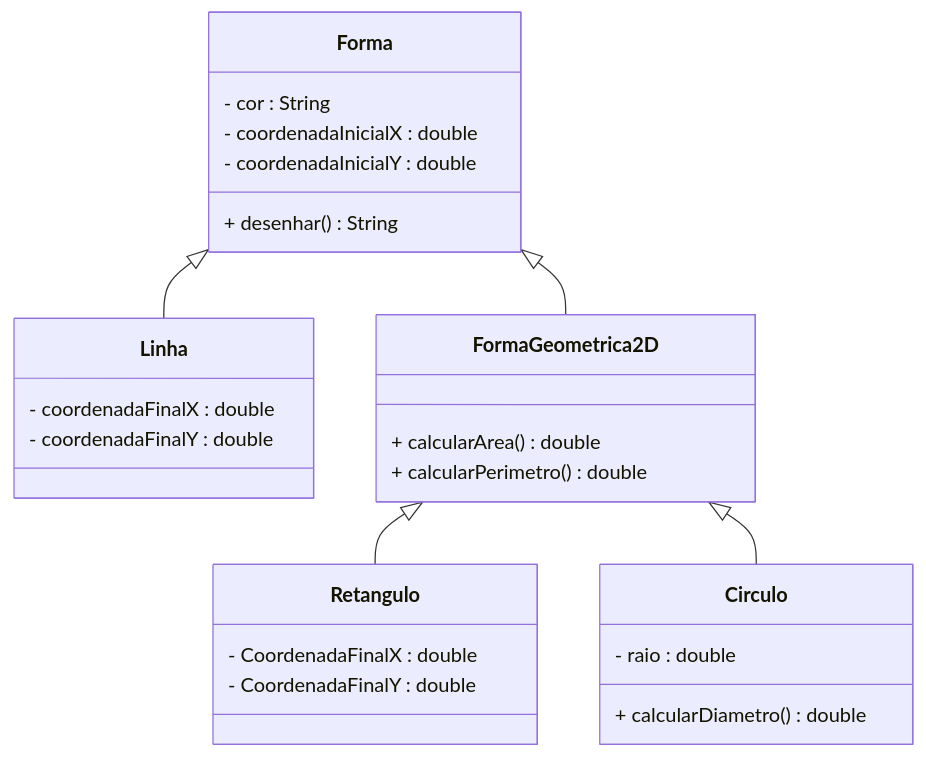
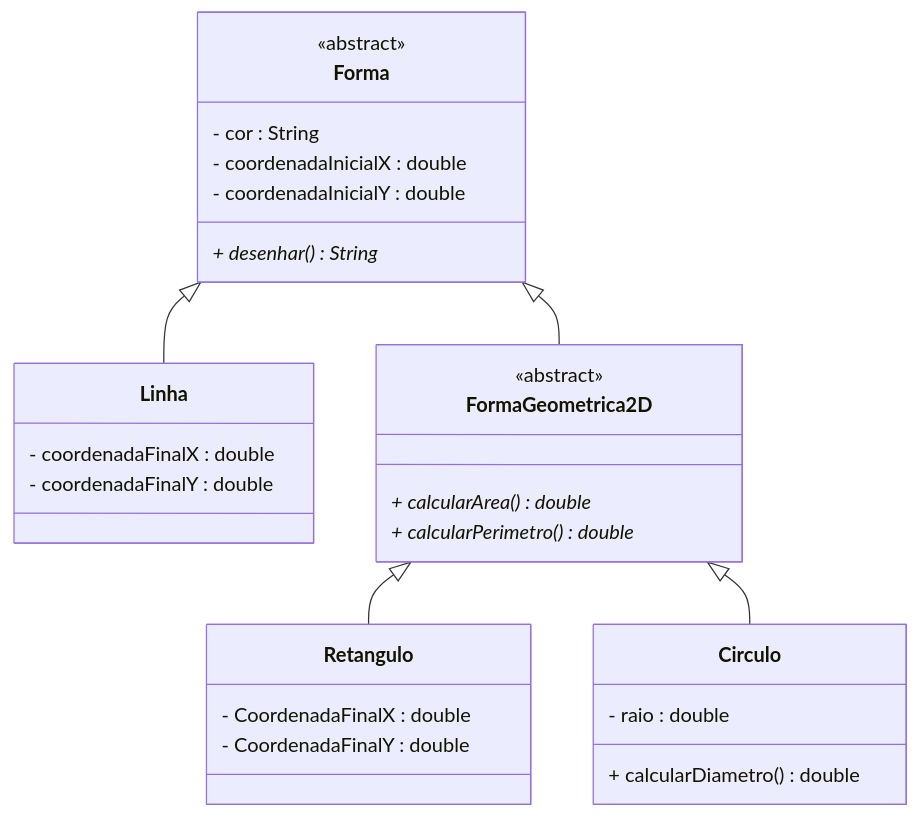
One commit to Evaldo-ed/POO-ADS-2026.2 changed the second of 2 diagrams in Aulas/aula-18-19_2026-10-21/atividade-01/Readme.md. Above: the diagram before and after it, drawn with Mermaid. The commit also changed other lines of this file and 36 other files, not shown here.

````diff
--- a/Aulas/aula-18-19_2026-10-21/atividade-01/Readme.md
+++ b/Aulas/aula-18-19_2026-10-21/atividade-01/Readme.md
@@ -32,36 +47,38 @@
 ```mermaid
 classDiagram
     direction BT
     
     class Forma {
+        <<abstract>>
         - cor : String
         - coordenadaInicialX : double
         - coordenadaInicialY : double
-        + desenhar() String
+        + desenhar() String*
     }
     
     class FormaGeometrica2D {
-        + calcularArea() double
-        + calcularPerimetro () double
+        <<abstract>>
+        + calcularArea() double*
+        + calcularPerimetro () double*
     }
     
     class Linha {
         - coordenadaFinalX : double
         - coordenadaFinalY : double
     }
 
     class Retangulo {
         - CoordenadaFinalX : double
         - CoordenadaFinalY : double
     }
     
     class Circulo {
         - raio : double
         + calcularDiametro() double
     }
 
     Linha --|> Forma
     FormaGeometrica2D --|> Forma
     Retangulo --|> FormaGeometrica2D
     Circulo --|> FormaGeometrica2D
 ```
````
